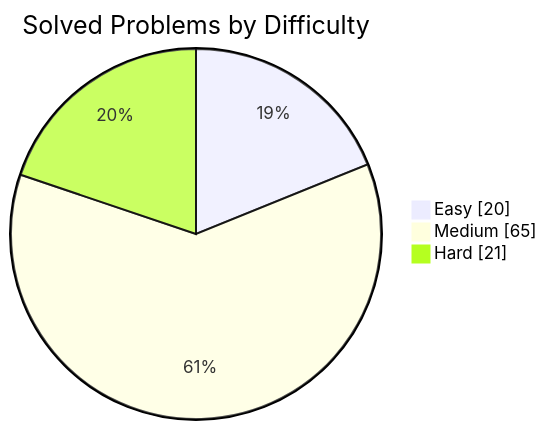
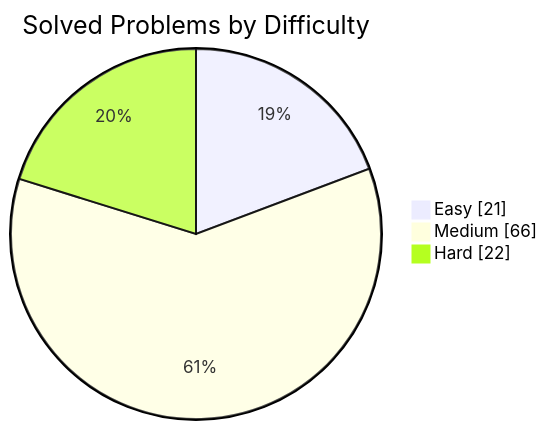
The first of 2 diagrams in README.md (manikantbindass/DSA-Preparation-FAANG), drawn with Mermaid before and after one commit. The commit also changed other lines of this file, not shown here.

````diff
--- a/README.md
+++ b/README.md
@@ -38,7 +38,7 @@
 ```mermaid
 pie showData
     title Solved Problems by Difficulty
-    "Easy" : 20
-    "Medium" : 65
-    "Hard" : 21
+    "Easy" : 21
+    "Medium" : 66
+    "Hard" : 22
 ```
````
